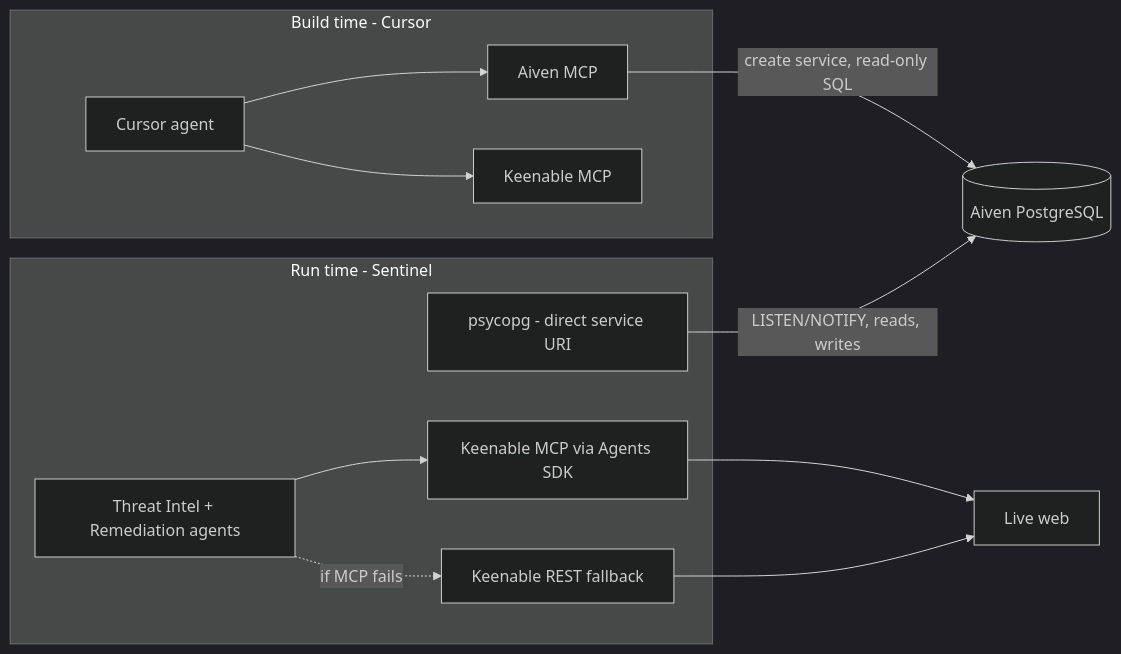
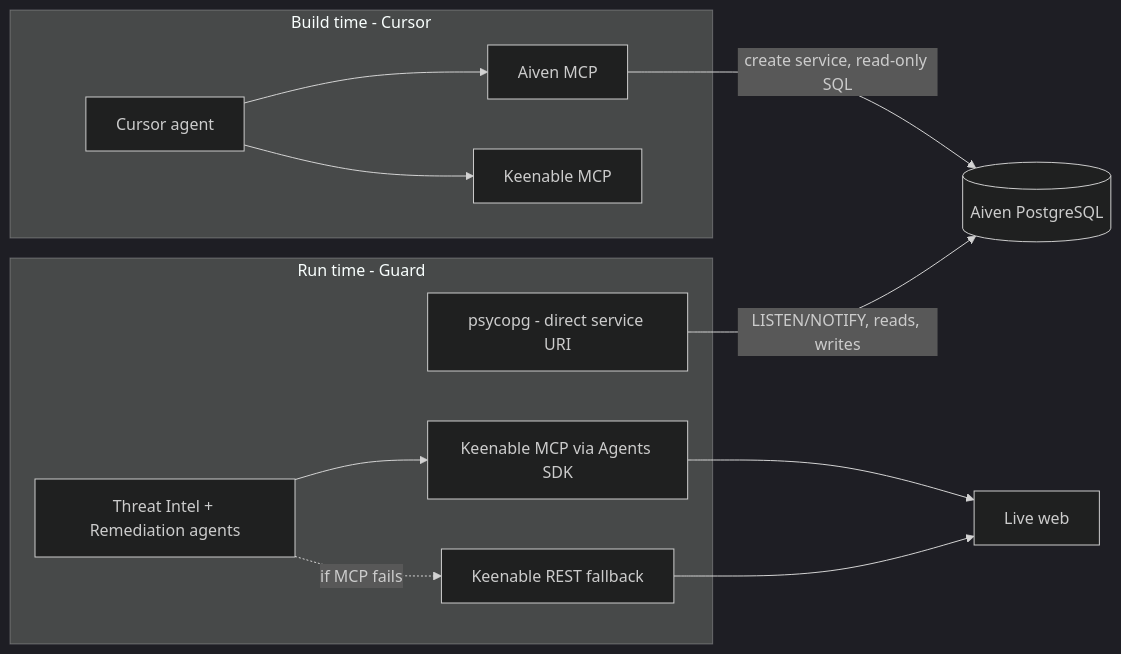
One commit to realsmt99/sentinel changed the third of 9 diagrams in docs/ARCHITECTURE.md. Above: the diagram before and after it, drawn with Mermaid (dark theme). The commit also changed other lines of this file and 50 other files, not shown here.

````diff
--- a/docs/ARCHITECTURE.md
+++ b/docs/ARCHITECTURE.md
@@ -72,19 +72,19 @@
 ```mermaid
 flowchart LR
     subgraph buildTime [Build time - Cursor]
         cursorAgent["Cursor agent"]
         aivenMcp["Aiven MCP"]
         keenableMcpDev["Keenable MCP"]
     end
-    subgraph runTime [Run time - Sentinel]
+    subgraph runTime [Run time - Guard]
         intelAgent["Threat Intel + Remediation agents"]
         keenableMcpRun["Keenable MCP via Agents SDK"]
         keenableRest["Keenable REST fallback"]
         psycopg["psycopg - direct service URI"]
     end
     cursorAgent --> aivenMcp -->|"create service, read-only SQL"| pg[("Aiven PostgreSQL")]
     cursorAgent --> keenableMcpDev
     intelAgent --> keenableMcpRun --> web["Live web"]
     intelAgent -.->|"if MCP fails"| keenableRest --> web
     psycopg -->|"LISTEN/NOTIFY, reads, writes"| pg
 ```
````
